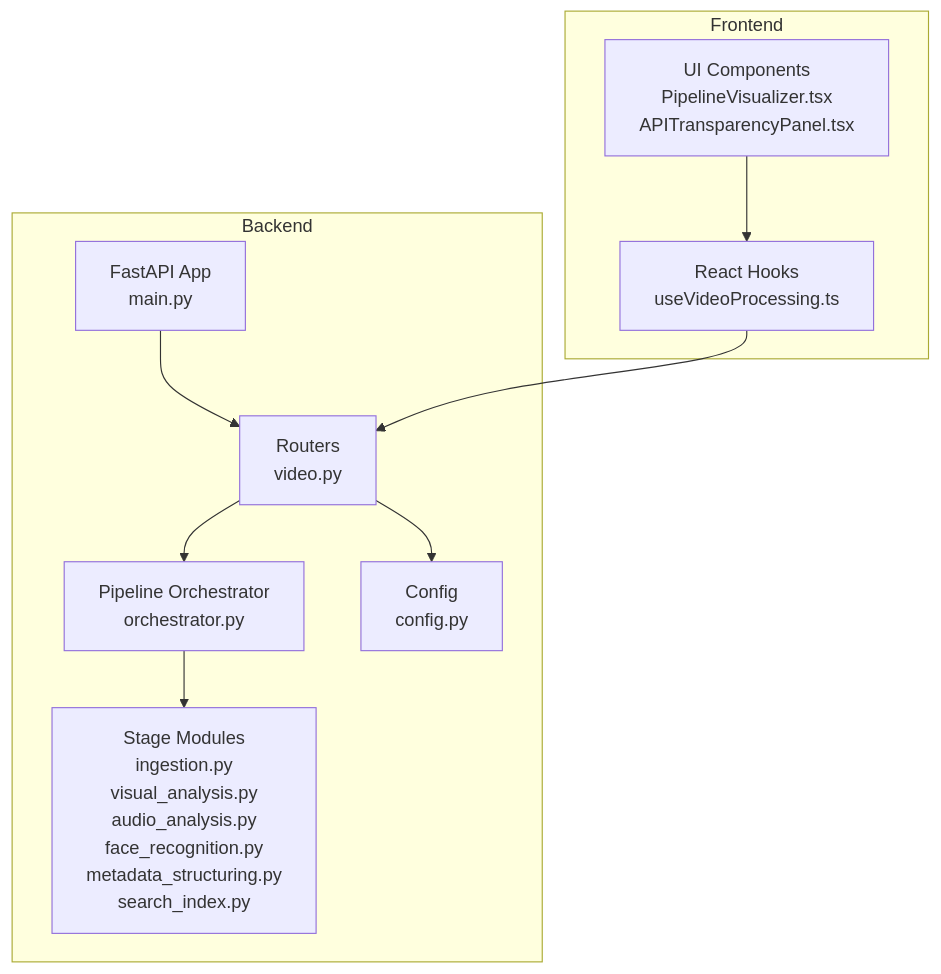
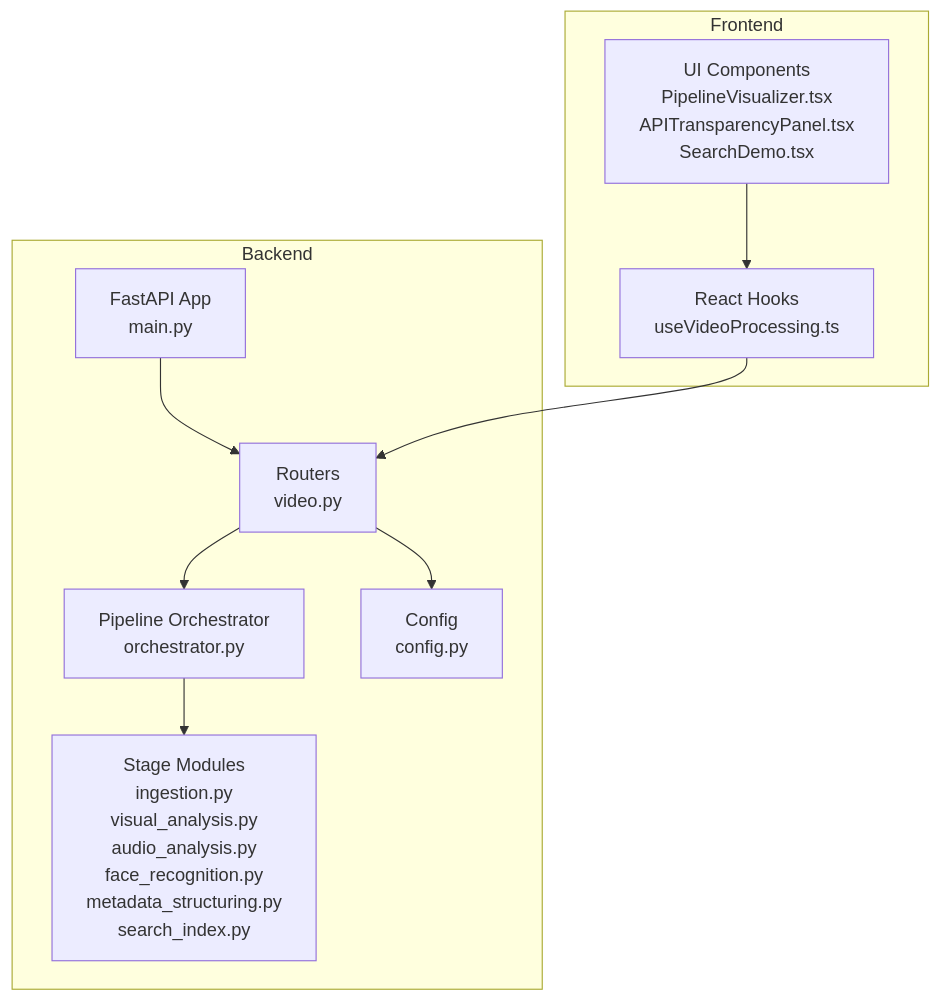
Before and after one commit to alexandreybasta-cyber/dubai-media-ai: the first of 7 diagrams in .qoder/repowiki/en/content/Media Processing Pipeline/Pipeline Overview and Architecture.md, drawn with Mermaid. The commit also changed other lines of this file and 23 other files, not shown here.

````diff
--- a/.qoder/repowiki/en/content/Media Processing Pipeline/Pipeline Overview and Architecture.md
+++ b/.qoder/repowiki/en/content/Media Processing Pipeline/Pipeline Overview and Architecture.md
@@ -52,20 +52,20 @@
 ```mermaid
 graph TB
 subgraph "Backend"
 A["FastAPI App<br/>main.py"]
 B["Routers<br/>video.py"]
 C["Pipeline Orchestrator<br/>orchestrator.py"]
 D["Stage Modules<br/>ingestion.py<br/>visual_analysis.py<br/>audio_analysis.py<br/>face_recognition.py<br/>metadata_structuring.py<br/>search_index.py"]
 E["Config<br/>config.py"]
 end
 subgraph "Frontend"
 F["React Hooks<br/>useVideoProcessing.ts"]
-G["UI Components<br/>PipelineVisualizer.tsx<br/>APITransparencyPanel.tsx"]
+G["UI Components<br/>PipelineVisualizer.tsx<br/>APITransparencyPanel.tsx<br/>SearchDemo.tsx"]
 end
 A --> B
 B --> C
 C --> D
 B --> E
 F --> B
 G --> F
 ```
````
